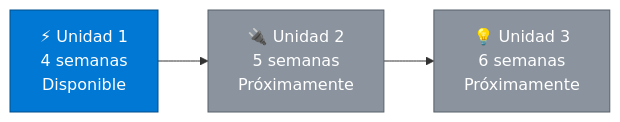
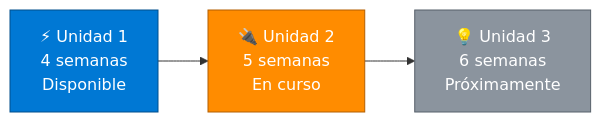
One commit to manuelponcearmijos-lgtm/cuadernoDisenoCircuitos changed the diagram in Portada.md. Above: the diagram before and after it, drawn with Mermaid. The commit also changed other lines of this file and 2 other files, not shown here.

Commit message:
Agregar Unidad 2 (Semana 1: MUX, DEMUX, codificadores y decodificadores)

````diff
--- a/Portada.md
+++ b/Portada.md
@@ -82,9 +82,11 @@
 ```mermaid
 flowchart LR
-    U1["⚡ Unidad 1<br/>4 semanas<br/>Disponible"] --> U2["🔌 Unidad 2<br/>5 semanas<br/>Próximamente"]
+    U1["⚡ Unidad 1<br/>4 semanas<br/>Disponible"] --> U2["🔌 Unidad 2<br/>5 semanas<br/>En curso"]
     U2 --> U3["💡 Unidad 3<br/>6 semanas<br/>Próximamente"]
     classDef lista fill:#0078D4,stroke:#004E8C,color:#ffffff
+    classDef curso fill:#FF8C00,stroke:#B35F00,color:#ffffff
     classDef pronto fill:#8B949E,stroke:#57606A,color:#ffffff
     class U1 lista
-    class U2,U3 pronto
+    class U2 curso
+    class U3 pronto
 ```
````
